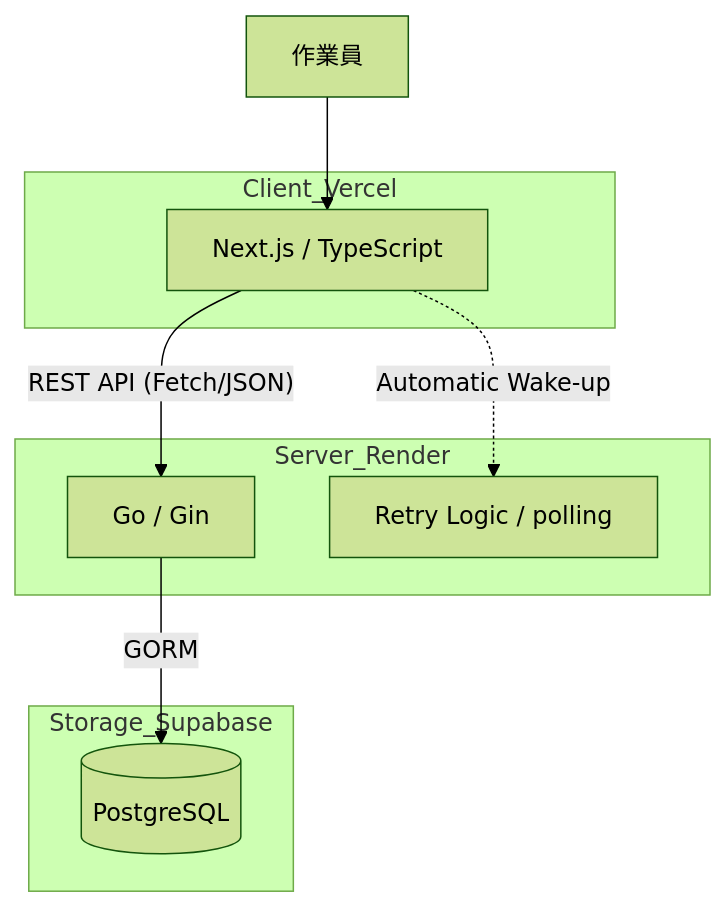
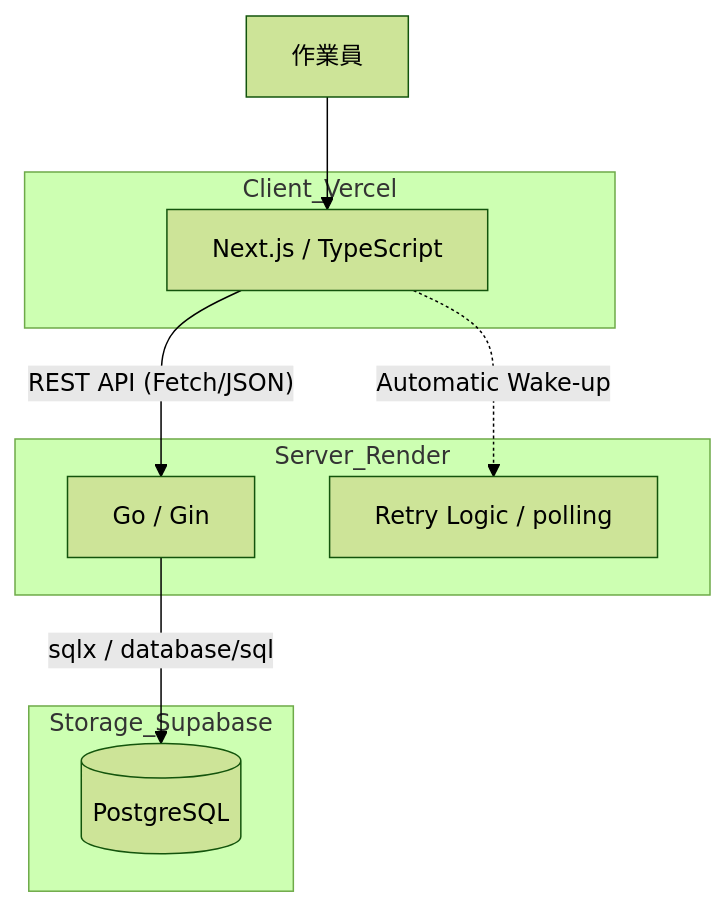
One commit to Everybodyhappyok4416/standard-operating-procedures changed the first of 2 diagrams in README.md. Above: the diagram before and after it, drawn with Mermaid (forest theme). The commit also changed other lines of this file, not shown here.

````diff
--- a/README.md
+++ b/README.md
@@ -27,20 +27,20 @@
 ```mermaid
 graph TD
     subgraph Client_Vercel
         FE[Next.js / TypeScript]
     end
 
     subgraph Server_Render
         BE[Go / Gin]
         RE[Retry Logic / polling]
     end
 
     subgraph Storage_Supabase
         DB[(PostgreSQL)]
     end
 
     User[作業員] --> FE
     FE -- "REST API (Fetch/JSON)" --> BE
     FE -. "Automatic Wake-up" .-> RE
-    BE -- "GORM" --> DB
+    BE -- "sqlx / database/sql" --> DB
 ```
````
